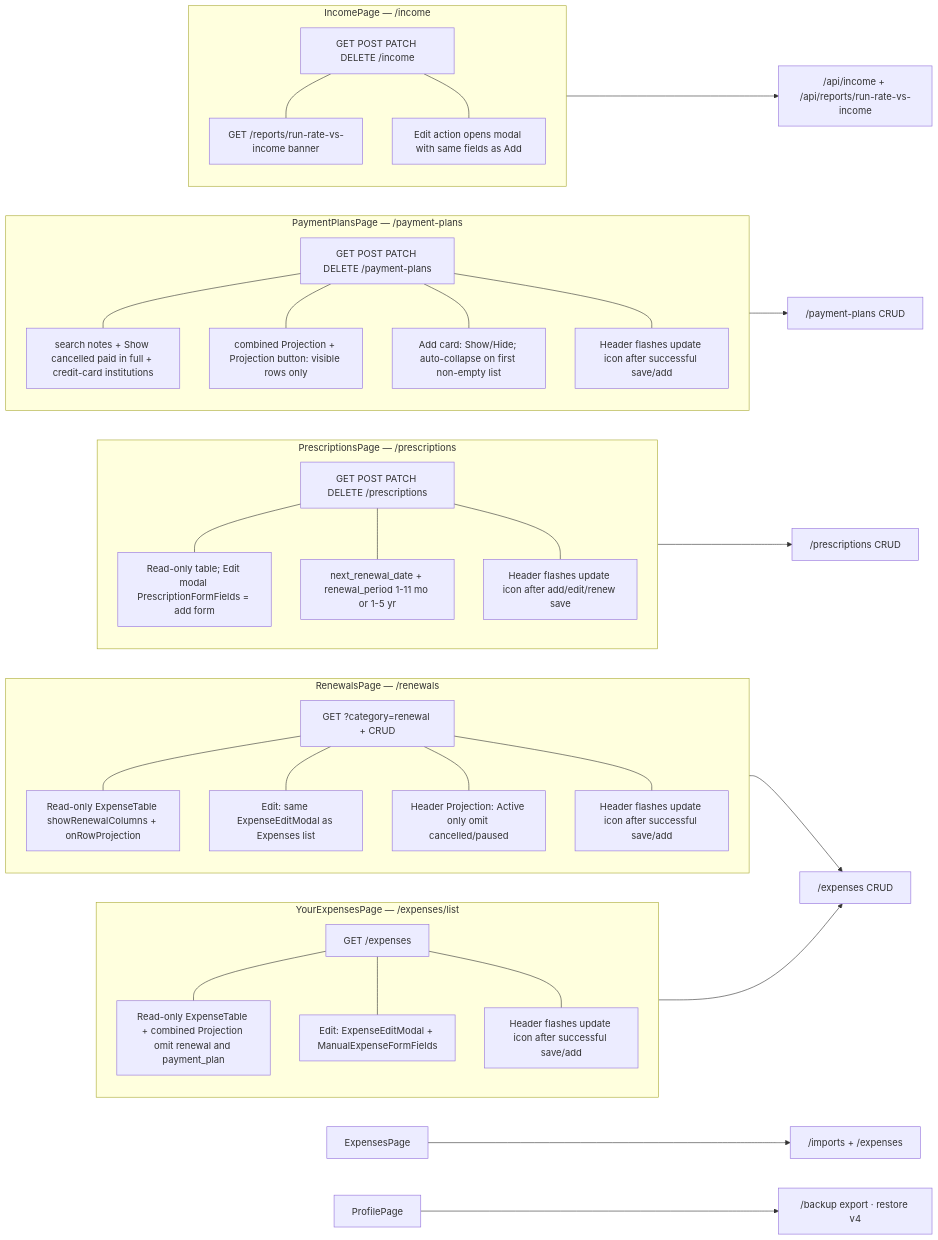
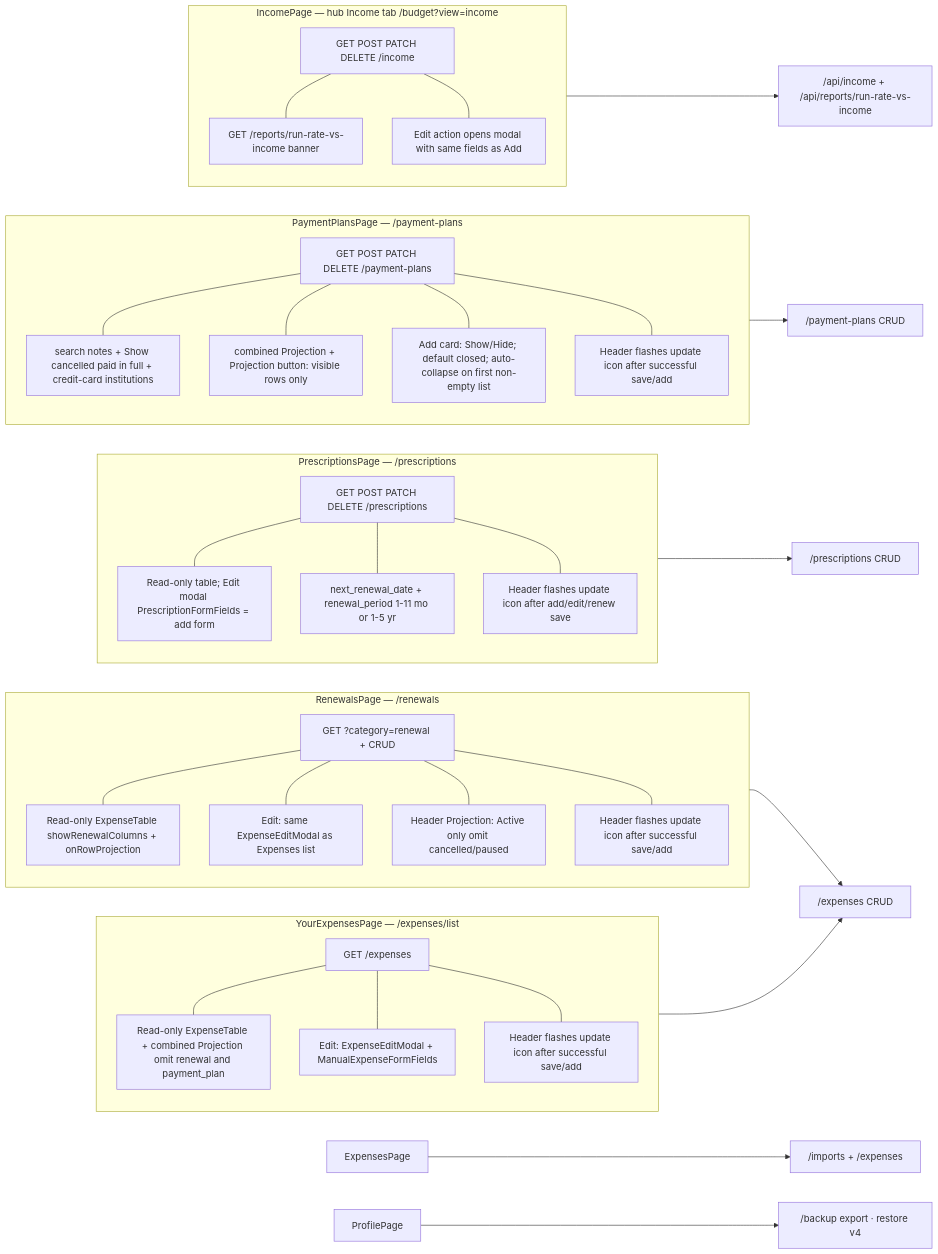
The ninth of 20 diagrams in docs/ARCHITECTURE_DIAGRAM.md (becomeonewiththecode/expense_tracker), drawn with Mermaid before and after one commit. The commit also changed other lines of this file and 26 other files, not shown here.

First line of the commit message:
feat(ui): consolidate budget hub, nav, tables, and docs

````diff
--- a/docs/ARCHITECTURE_DIAGRAM.md
+++ b/docs/ARCHITECTURE_DIAGRAM.md
@@ -364,53 +365,53 @@
 ```mermaid
 flowchart LR
   EP[ExpensesPage] --> IM["/imports + /expenses"]
   subgraph YEP["YourExpensesPage — /expenses/list"]
     direction TB
     YG["GET /expenses"]
     YV["Read-only ExpenseTable + combined Projection omit renewal and payment_plan"]
     YE["Edit: ExpenseEditModal + ManualExpenseFormFields"]
     YU["Header flashes update icon after successful save/add"]
     YG --- YV
     YG --- YE
     YG --- YU
   end
   subgraph NRP["RenewalsPage — /renewals"]
     direction TB
     NG["GET ?category=renewal + CRUD"]
     NV["Read-only ExpenseTable showRenewalColumns + onRowProjection"]
     NE["Edit: same ExpenseEditModal as Expenses list"]
     NW["Header Projection: Active only omit cancelled/paused"]
     NU["Header flashes update icon after successful save/add"]
     NG --- NV
     NG --- NE
     NG --- NW
     NG --- NU
   end
   NRP --> EX["/expenses CRUD"]
   YEP --> EX
   subgraph PSPg["PrescriptionsPage — /prescriptions"]
     direction TB
     PG2["GET POST PATCH DELETE /prescriptions"]
     PG2 --- PGnote["Read-only table; Edit modal PrescriptionFormFields = add form"]
     PG2 --- PGdates["next_renewal_date + renewal_period 1-11 mo or 1-5 yr"]
     PG2 --- PGu["Header flashes update icon after add/edit/renew save"]
   end
   PSPg --> PRX["/prescriptions CRUD"]
   subgraph PPPg["PaymentPlansPage — /payment-plans"]
     direction TB
     PPG2["GET POST PATCH DELETE /payment-plans"]
     PPG2 --- PPGnote["search notes + Show cancelled paid in full + credit-card institutions"]
     PPG2 --- PPGproj["combined Projection + Projection button: visible rows only"]
-    PPG2 --- PPGadd["Add card: Show/Hide; auto-collapse on first non-empty list"]
+    PPG2 --- PPGadd["Add card: Show/Hide; default closed; auto-collapse on first non-empty list"]
     PPG2 --- PPGu["Header flashes update icon after successful save/add"]
   end
   PPPg --> PPX["/payment-plans CRUD"]
-  subgraph IPg2["IncomePage — /income"]
+  subgraph IPg2["IncomePage — hub Income tab /budget?view=income"]
     direction TB
     IG2["GET POST PATCH DELETE /income"]
     IG2 --- IGrr["GET /reports/run-rate-vs-income banner"]
     IG2 --- IGe["Edit action opens modal with same fields as Add"]
   end
   IPg2 --> INC["/api/income + /api/reports/run-rate-vs-income"]
   PP[ProfilePage] --> BK["/backup export · restore v4"]
 ```
````
